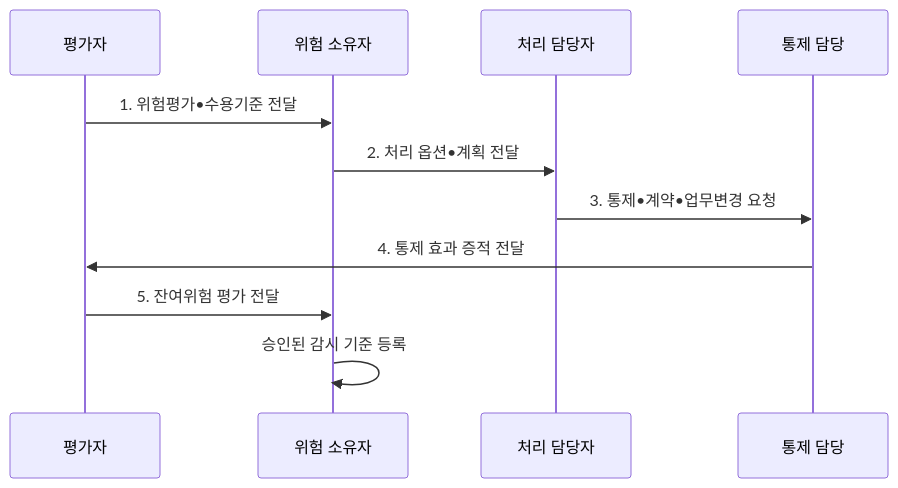
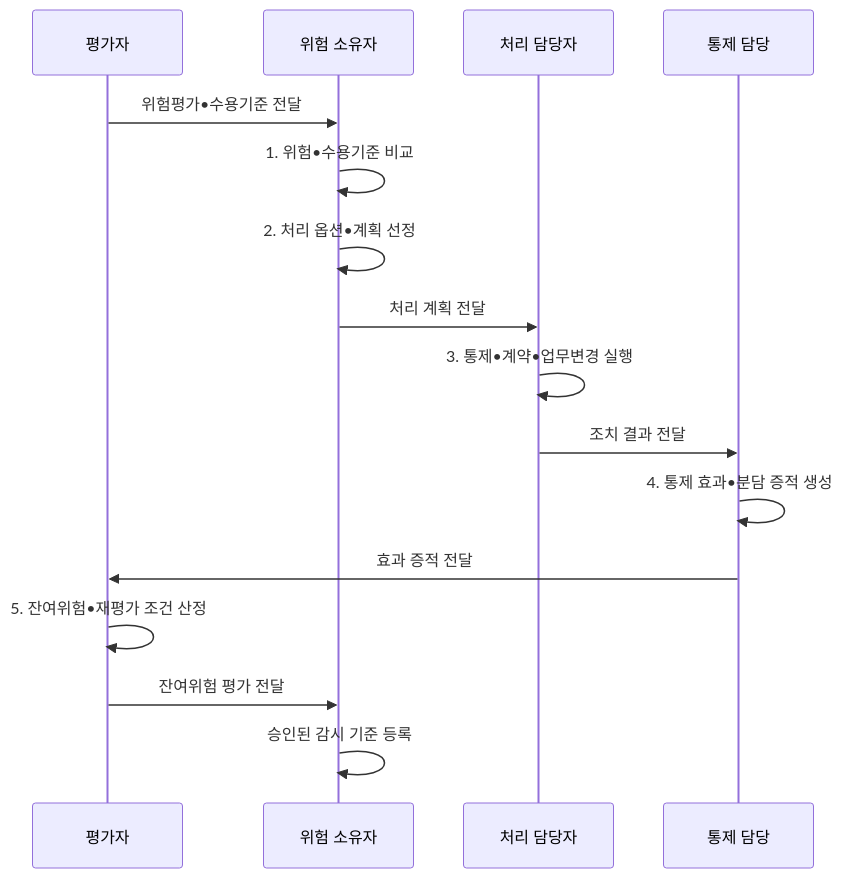
Before and after one commit to agnusdei1207/knowledge-base: the second of 2 diagrams in src/content/docs/notes/05-security/109_risk_treatment.md, drawn with Mermaid. The commit also changed other lines of this file and 20 other files, not shown here.

````diff
--- a/src/content/docs/notes/05-security/109_risk_treatment.md
+++ b/src/content/docs/notes/05-security/109_risk_treatment.md
@@ -101,13 +101,18 @@
 ```mermaid
 sequenceDiagram
   participant A as 평가자
   participant O as 위험 소유자
   participant T as 처리 담당자
   participant C as 통제 담당
-  A->>O: 1. 위험평가•수용기준 전달
-  O->>T: 2. 처리 옵션•계획 전달
-  T->>C: 3. 통제•계약•업무변경 요청
-  C->>A: 4. 통제 효과 증적 전달
-  A->>O: 5. 잔여위험 평가 전달
+  A->>O: 위험평가•수용기준 전달
+  O->>O: 1. 위험•수용기준 비교
+  O->>O: 2. 처리 옵션•계획 선정
+  O->>T: 처리 계획 전달
+  T->>T: 3. 통제•계약•업무변경 실행
+  T->>C: 조치 결과 전달
+  C->>C: 4. 통제 효과•분담 증적 생성
+  C->>A: 효과 증적 전달
+  A->>A: 5. 잔여위험•재평가 조건 산정
+  A->>O: 잔여위험 평가 전달
   O->>O: 승인된 감시 기준 등록
 ```
````
